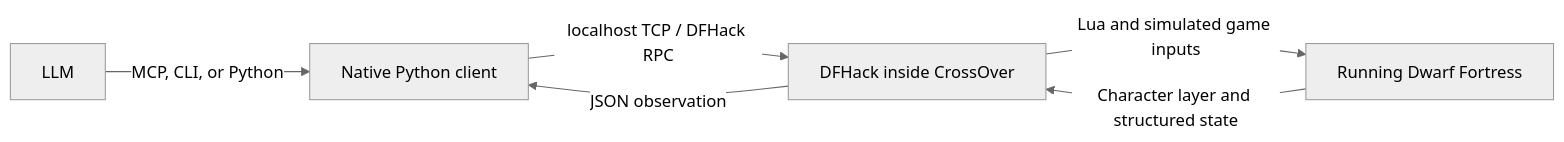
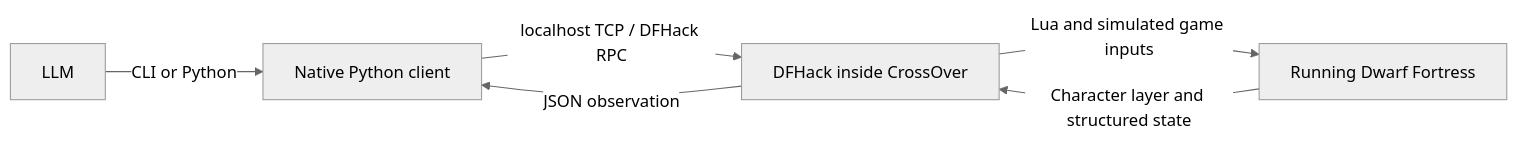
Before and after one commit to ma9o/df-llm: the diagram in README.md, drawn with Mermaid (neutral theme). The commit also changed other lines of this file and 53 other files, not shown here.

First line of the commit message:
Streamline controller reads and support CLI/Python only

````diff
--- a/README.md
+++ b/README.md
@@ -1181,8 +1200,8 @@
 ```mermaid
 flowchart LR
-    L[LLM] -->|MCP, CLI, or Python| P[Native Python client]
+    L[LLM] -->|CLI or Python| P[Native Python client]
     P -->|localhost TCP / DFHack RPC| D[DFHack inside CrossOver]
     D -->|Lua and simulated game inputs| G[Running Dwarf Fortress]
     G -->|Character layer and structured state| D
     D -->|JSON observation| P
 ```
````
